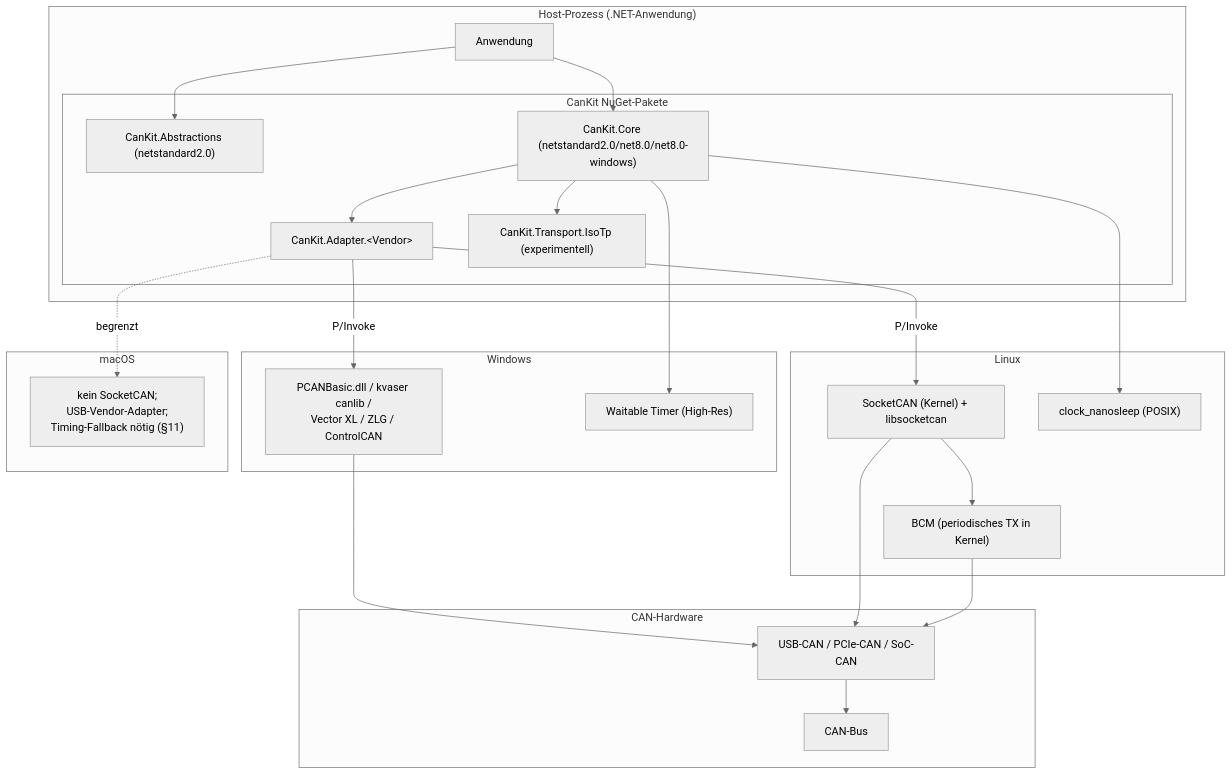
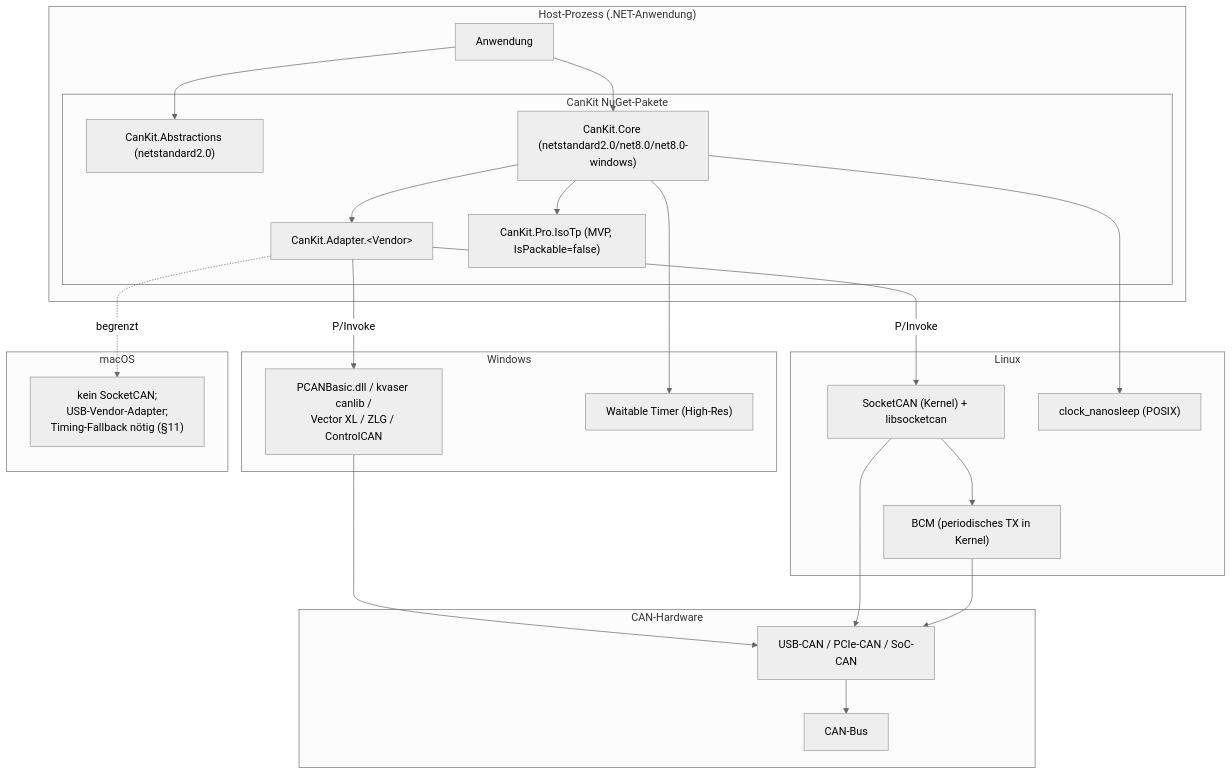
One commit to pkuyo/CanKit changed diagram 15 of 20 in docs/architecture/arc42-CanKit.md. Above: the diagram before and after it, drawn with Mermaid (neutral theme). The commit also changed other lines of this file and 42 other files, not shown here.

First line of the commit message:
chore(isotp): remove legacy CanKit.Transport.IsoTp and dependent surfaces

````diff
--- a/docs/architecture/arc42-CanKit.md
+++ b/docs/architecture/arc42-CanKit.md
@@ -885,45 +886,45 @@
 ```mermaid
 flowchart TB
     subgraph HostProc["Host-Prozess (.NET-Anwendung)"]
         AppDll["Anwendung"]
         subgraph Nuget["CanKit NuGet-Pakete"]
             Abstr["CanKit.Abstractions (netstandard2.0)"]
             Core["CanKit.Core (netstandard2.0/net8.0/net8.0-windows)"]
             AdapterDll["CanKit.Adapter.&lt;Vendor&gt;"]
-            IsoTpDll["CanKit.Transport.IsoTp (experimentell)"]
+            IsoTpDll["CanKit.Pro.IsoTp (MVP, IsPackable=false)"]
         end
     end
 
     subgraph Win["Windows"]
         WinDrv["PCANBasic.dll / kvaser canlib /<br/>Vector XL / ZLG / ControlCAN"]
         WinTimer["Waitable Timer (High-Res)"]
     end
     subgraph Linux["Linux"]
         SockDrv["SocketCAN (Kernel) + libsocketcan"]
         Bcm["BCM (periodisches TX in Kernel)"]
         PosixTimer["clock_nanosleep (POSIX)"]
     end
     subgraph Mac["macOS"]
         MacNote["kein SocketCAN;<br/>USB-Vendor-Adapter;<br/>Timing-Fallback nötig (§11)"]
     end
 
     subgraph HWlayer["CAN-Hardware"]
         UsbIf["USB-CAN / PCIe-CAN / SoC-CAN"]
         CanBus2["CAN-Bus"]
     end
 
     AppDll --> Abstr
     AppDll --> Core
     Core --> AdapterDll
     Core --> IsoTpDll
     AdapterDll -->|"P/Invoke"| WinDrv
     AdapterDll -->|"P/Invoke"| SockDrv
     AdapterDll -.begrenzt.-> MacNote
     Core --> WinTimer
     Core --> PosixTimer
     SockDrv --> Bcm
     WinDrv --> UsbIf
     SockDrv --> UsbIf
     Bcm --> UsbIf
     UsbIf --> CanBus2
 ```
````
